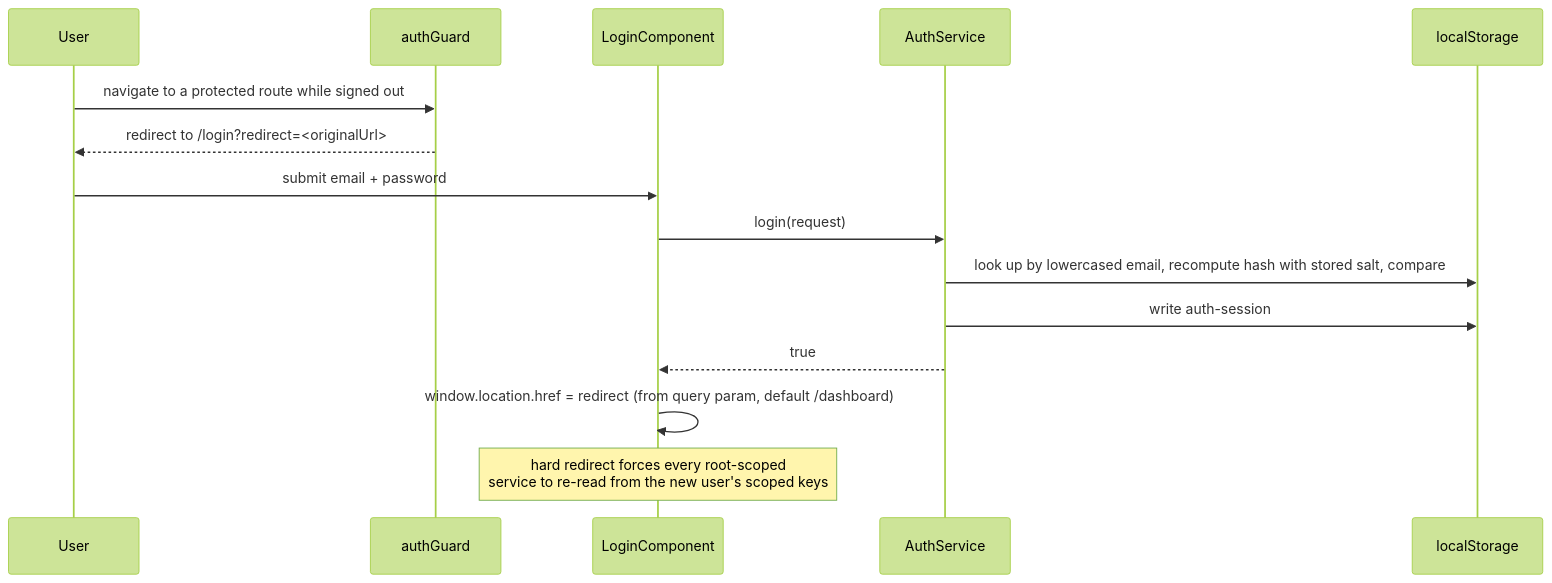
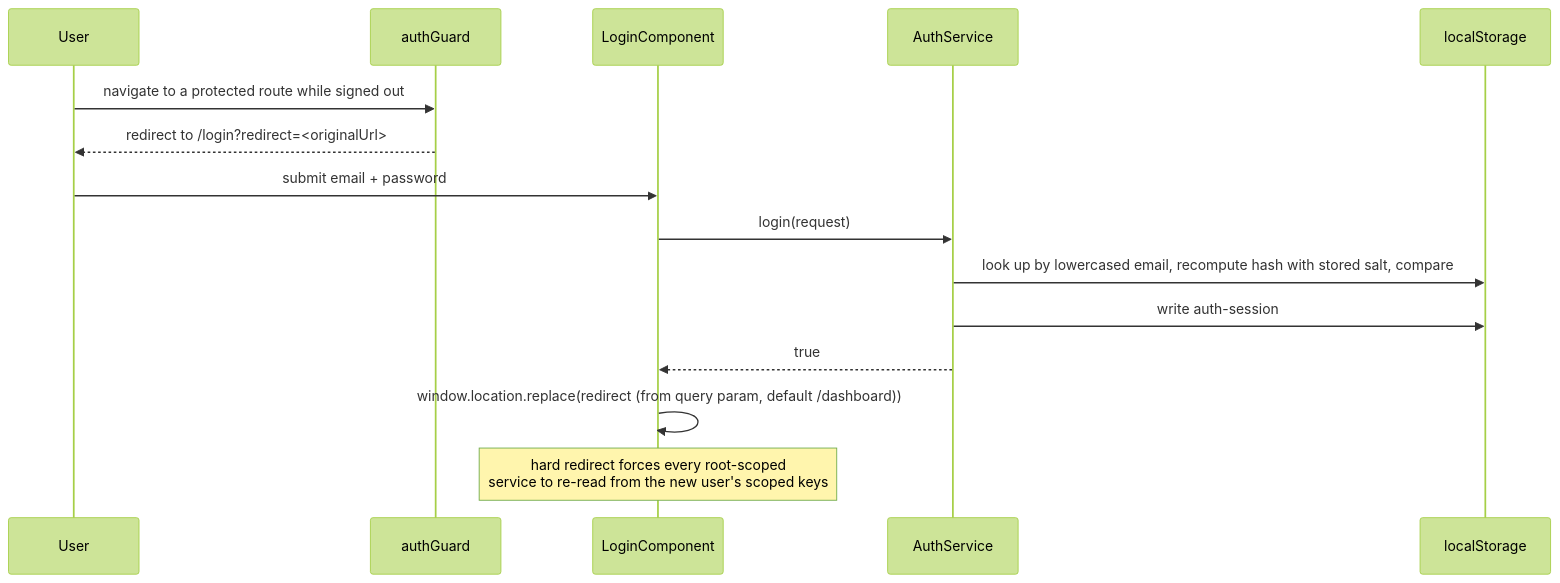
The ninth of 21 diagrams in docs/LLD.md (RoshanMali1205/skill-hunter), drawn with Mermaid (forest theme) before and after one commit. The commit also changed other lines of this file and 5 other files, not shown here.

````diff
--- a/docs/LLD.md
+++ b/docs/LLD.md
@@ -577,18 +578,18 @@
 ```mermaid
 sequenceDiagram
     participant U as User
     participant G as authGuard
     participant P as LoginComponent
     participant A as AuthService
     participant L as localStorage
 
     U->>G: navigate to a protected route while signed out
     G-->>U: redirect to /login?redirect=<originalUrl>
     U->>P: submit email + password
     P->>A: login(request)
     A->>L: look up by lowercased email, recompute hash with stored salt, compare
     A->>L: write auth-session
     A-->>P: true
-    P->>P: window.location.href = redirect (from query param, default /dashboard)
+    P->>P: window.location.replace(redirect (from query param, default /dashboard))
     Note over P: hard redirect forces every root-scoped<br/>service to re-read from the new user's scoped keys
 ```
````
